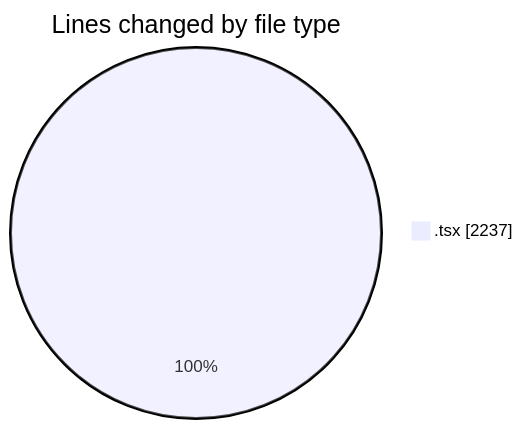
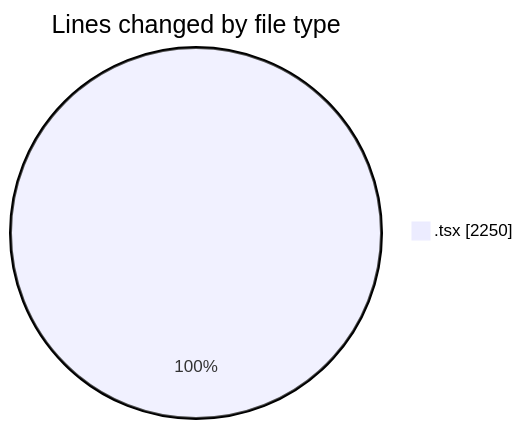
One commit to momahboobian/code-tracking changed the first of 2 diagrams in 2025-06-13/cda/README.md. Above: the diagram before and after it, drawn with Mermaid. The commit also changed other lines of this file and 1 other file, not shown here.

````diff
--- a/2025-06-13/cda/README.md
+++ b/2025-06-13/cda/README.md
@@ -25,5 +25,5 @@
 ```mermaid
 pie showData
 title Lines changed by file type
-".tsx" : 2237
+".tsx" : 2250
 ```
````
